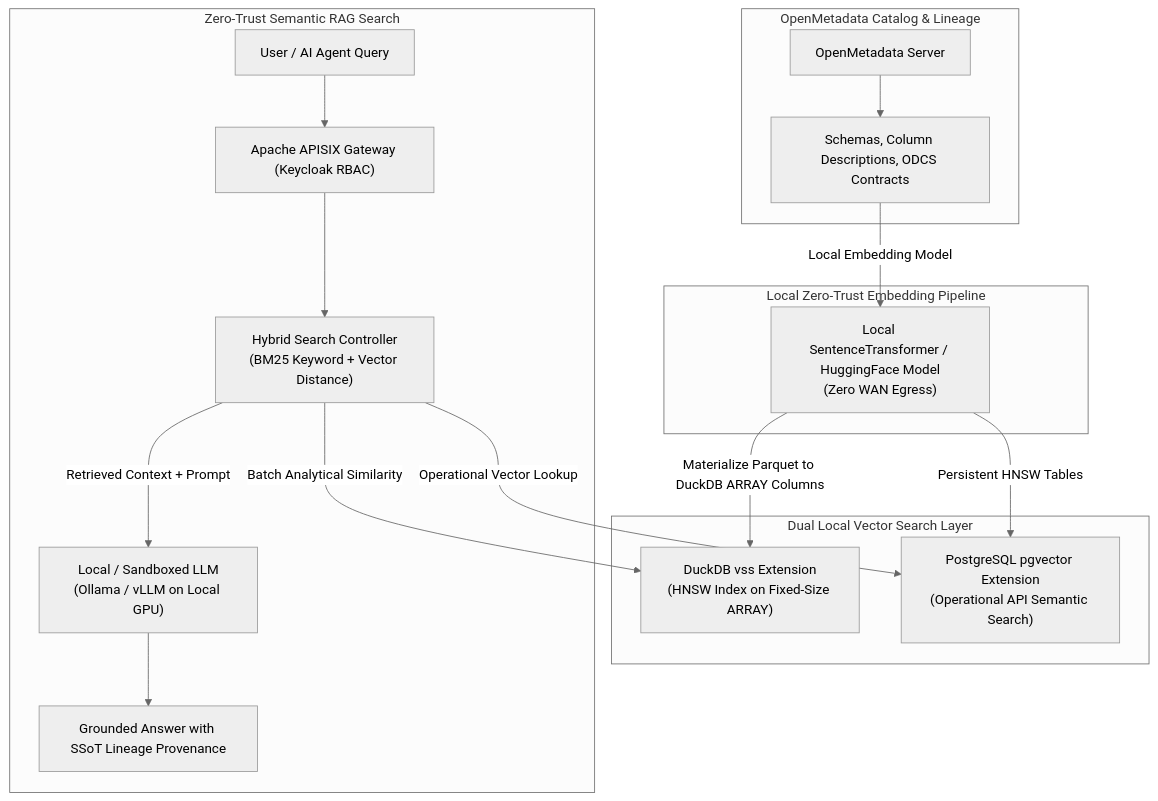
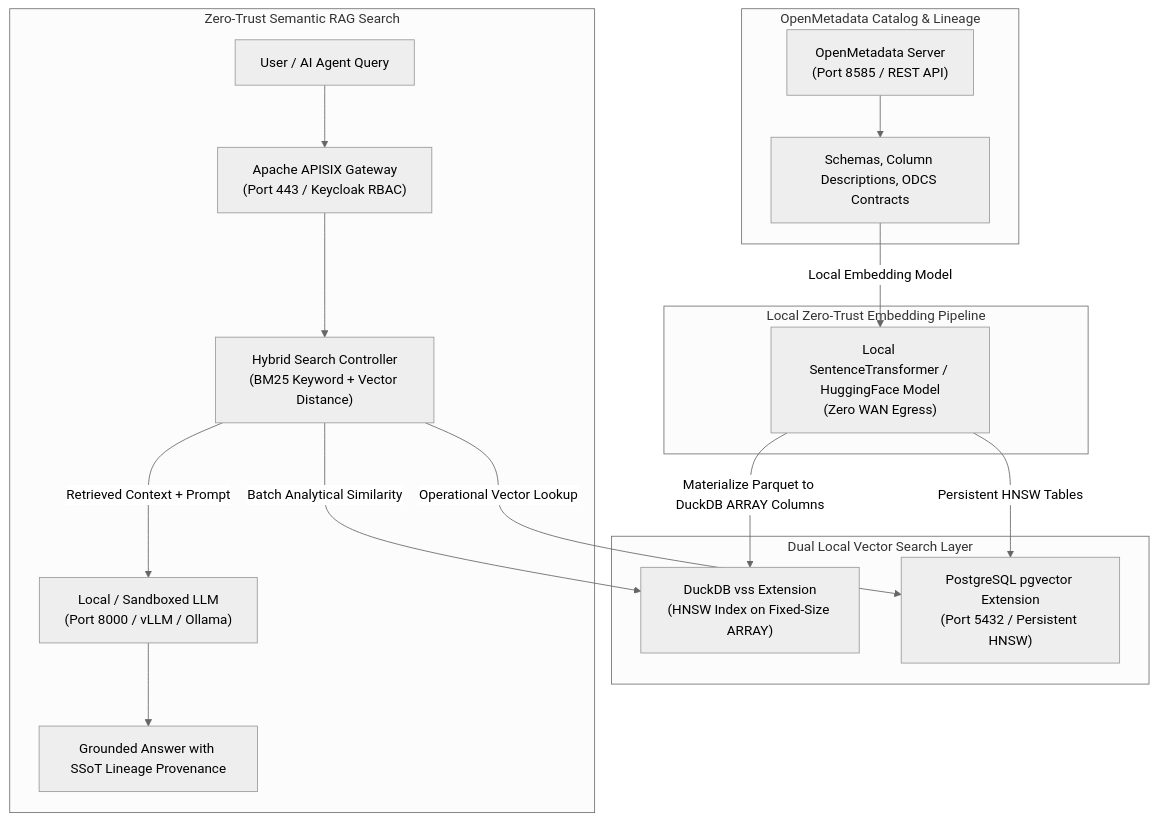
The second of 3 diagrams in docs/reference/next-technology-roadmap-stack.md (linuxmalaysia/bda-ai-infra), drawn with Mermaid (neutral theme) before and after one commit. The commit also changed other lines of this file and 18 other files, not shown here.

Commit message:
feat: add dual-render diagram AI skill and refactor all existing diagrams

````diff
--- a/docs/reference/next-technology-roadmap-stack.md
+++ b/docs/reference/next-technology-roadmap-stack.md
@@ -107,24 +244,24 @@
 ```mermaid
 flowchart TD
-    subgraph OpenMetadataCatalog ["OpenMetadata Catalog & Lineage"]
-        OM["OpenMetadata Server"] --> DataAssets["Schemas, Column Descriptions, ODCS Contracts"]
+    subgraph OpenMetadataCatalog ["OpenMetadata Catalog &amp; Lineage"]
+        OM["OpenMetadata Server<br/>(Port 8585 / REST API)"] --> DataAssets["Schemas, Column Descriptions, ODCS Contracts"]
     end
 
     subgraph EmbeddingEngine ["Local Zero-Trust Embedding Pipeline"]
-        DataAssets -->|Local Embedding Model| Embedder["Local SentenceTransformer / HuggingFace Model<br/>(Zero WAN Egress)"]
+        DataAssets -->|"Local Embedding Model"| Embedder["Local SentenceTransformer / HuggingFace Model<br/>(Zero WAN Egress)"]
     end
 
     subgraph VectorStores ["Dual Local Vector Search Layer"]
-        Embedder -->|Materialize Parquet to DuckDB ARRAY Columns| DuckDBVSS["DuckDB vss Extension<br/>(HNSW Index on Fixed-Size ARRAY)"]
-        Embedder -->|Persistent HNSW Tables| PgVector["PostgreSQL pgvector Extension<br/>(Operational API Semantic Search)"]
+        Embedder -->|"Materialize Parquet to DuckDB ARRAY Columns"| DuckDBVSS["DuckDB vss Extension<br/>(HNSW Index on Fixed-Size ARRAY)"]
+        Embedder -->|"Persistent HNSW Tables"| PgVector["PostgreSQL pgvector Extension<br/>(Port 5432 / Persistent HNSW)"]
     end
 
     subgraph HybridRAGAgent ["Zero-Trust Semantic RAG Search"]
-        UserQuery["User / AI Agent Query"] --> APISIX["Apache APISIX Gateway (Keycloak RBAC)"]
+        UserQuery["User / AI Agent Query"] --> APISIX["Apache APISIX Gateway<br/>(Port 443 / Keycloak RBAC)"]
         APISIX --> HybridSearch["Hybrid Search Controller<br/>(BM25 Keyword + Vector Distance)"]
-        HybridSearch -->|Operational Vector Lookup| PgVector
-        HybridSearch -->|Batch Analytical Similarity| DuckDBVSS
-        HybridSearch -->|Retrieved Context + Prompt| LocalLLM["Local / Sandboxed LLM<br/>(Ollama / vLLM on Local GPU)"]
+        HybridSearch -->|"Operational Vector Lookup"| PgVector
+        HybridSearch -->|"Batch Analytical Similarity"| DuckDBVSS
+        HybridSearch -->|"Retrieved Context + Prompt"| LocalLLM["Local / Sandboxed LLM<br/>(Port 8000 / vLLM / Ollama)"]
         LocalLLM --> Response["Grounded Answer with SSoT Lineage Provenance"]
     end
 ```
````
